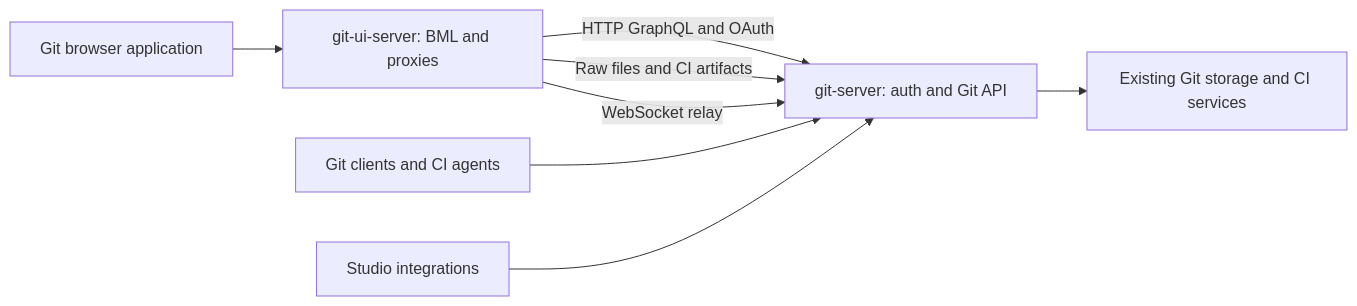
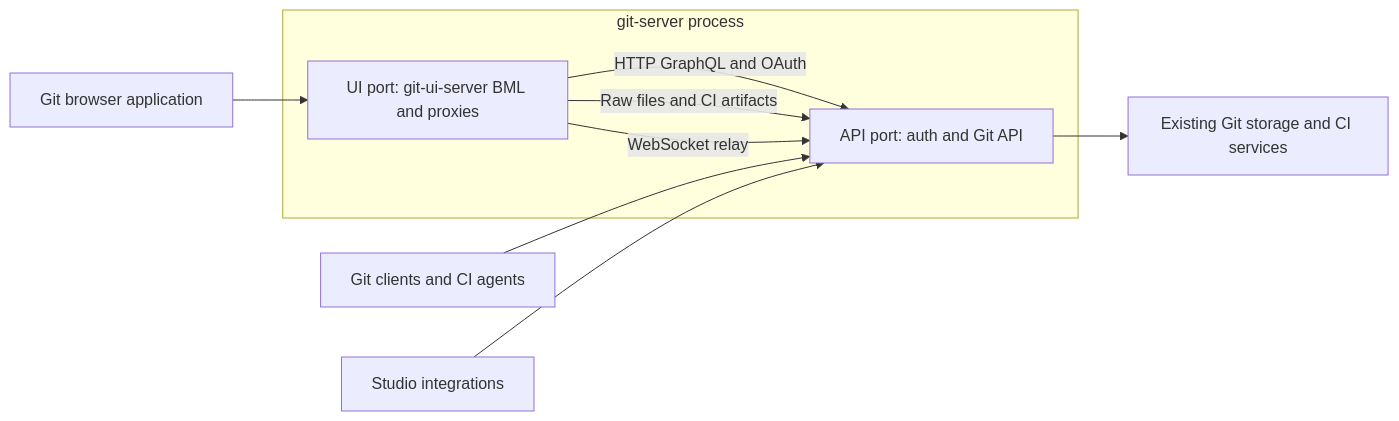
Before and after one commit to bosca-io/bosca: the diagram in specs/git/bml-git-application-spec.md, drawn with Mermaid. The commit also changed other lines of this file and 18 other files, not shown here.

First line of the commit message:
feat(git): host API and BML UI in one process

````diff
--- a/specs/git/bml-git-application-spec.md
+++ b/specs/git/bml-git-application-spec.md
@@ -156,10 +156,14 @@
 ```mermaid
 flowchart LR
-    Browser[Git browser application] --> UI[git-ui-server: BML and proxies]
-    UI -->|HTTP GraphQL and OAuth| API[git-server: auth and Git API]
+    subgraph Host[git-server process]
+        UI[UI port: git-ui-server BML and proxies]
+        API[API port: auth and Git API]
+    end
+    Browser[Git browser application] --> UI
+    UI -->|HTTP GraphQL and OAuth| API
     UI -->|Raw files and CI artifacts| API
     UI -->|WebSocket relay| API
     Git[Git clients and CI agents] --> API
     API --> Storage[Existing Git storage and CI services]
     Studio[Studio integrations] --> API
 ```
````
